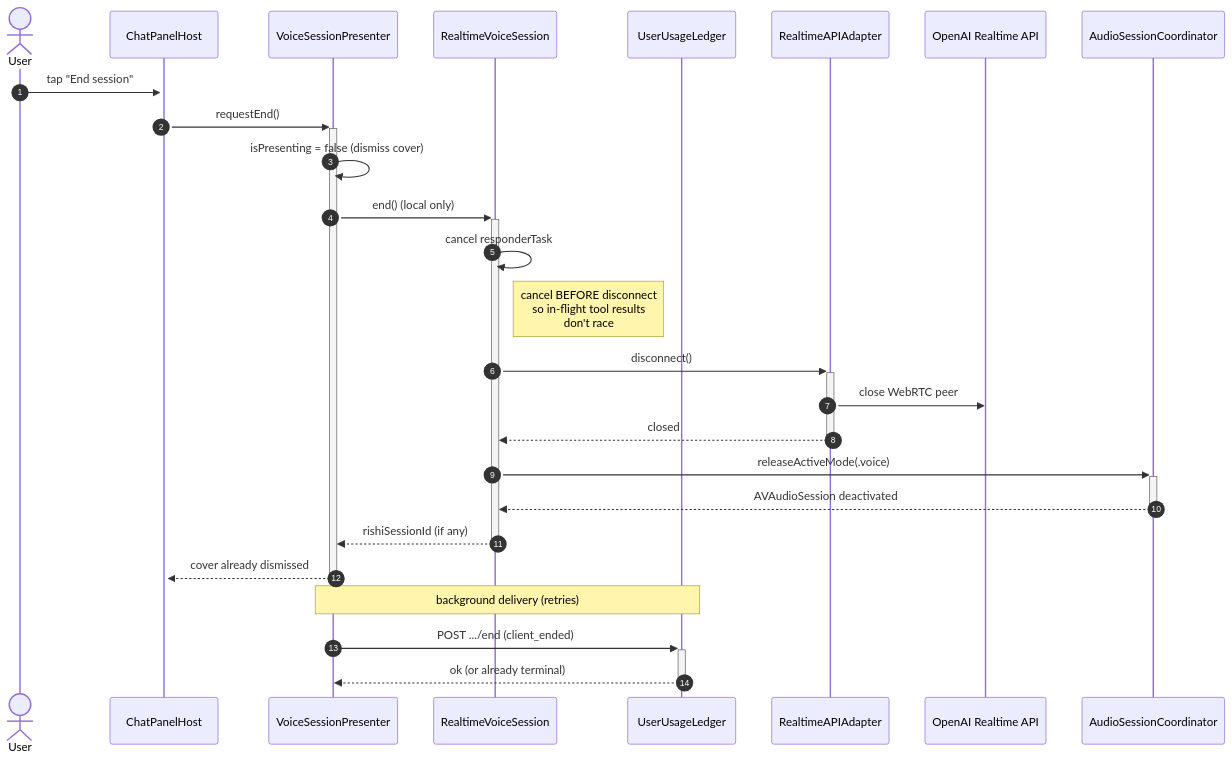
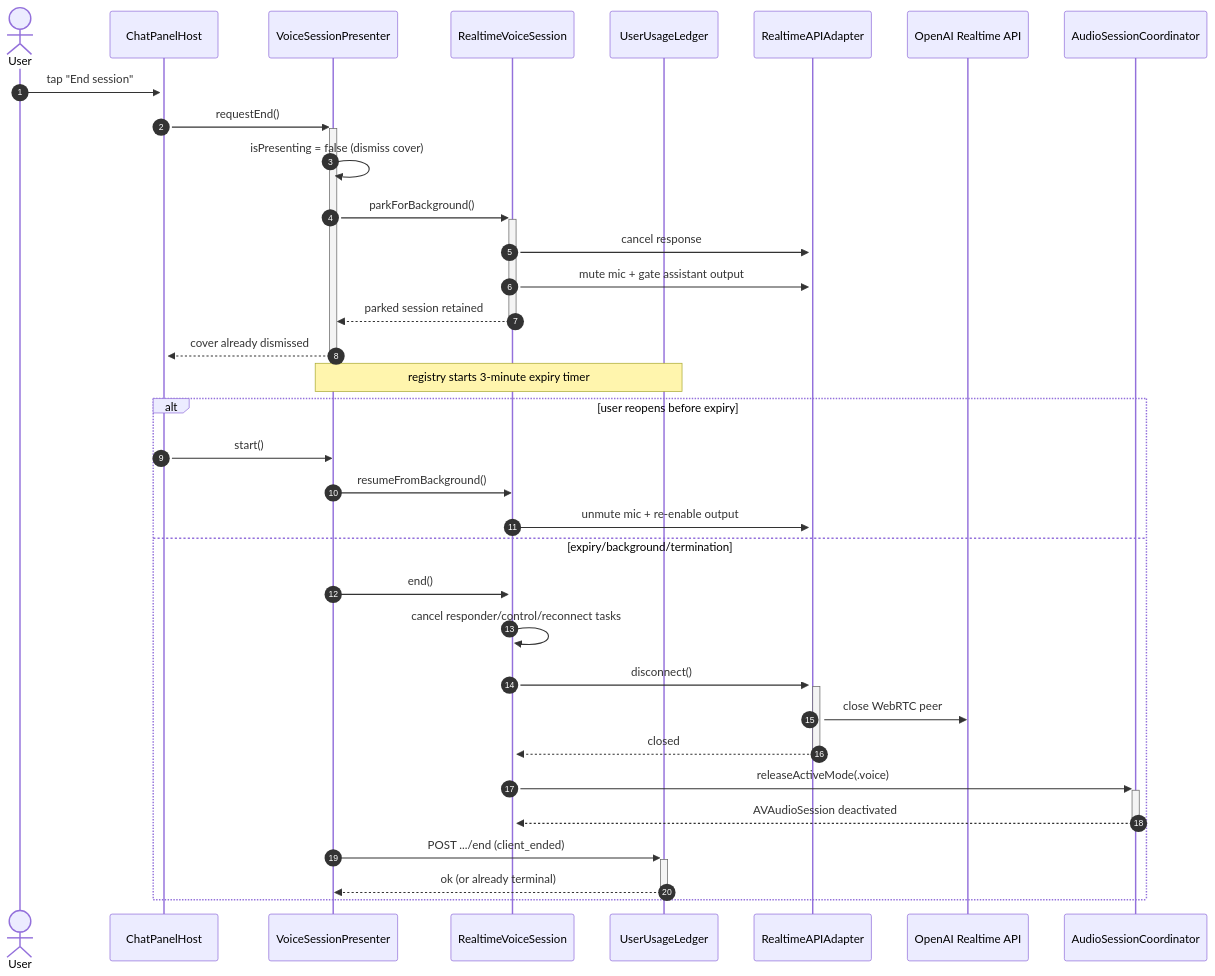
Before and after one commit to matovu-farid/rishi-monorepo: the fifth of 5 diagrams in apps/apple/docs/VOICE-CHAT-PIPELINE.md, drawn with Mermaid. The commit also changed other lines of this file and 69 other files, not shown here.

Commit message:
feat: checkpoint voice session lifecycle

````diff
--- a/apps/apple/docs/VOICE-CHAT-PIPELINE.md
+++ b/apps/apple/docs/VOICE-CHAT-PIPELINE.md
@@ -182,29 +188,37 @@
 ```mermaid
 sequenceDiagram
     autonumber
     actor User
     participant View as ChatPanelHost
     participant Pres as VoiceSessionPresenter
     participant Sess as RealtimeVoiceSession
     participant Ledger as UserUsageLedger
     participant SDK as RealtimeAPIAdapter
     participant API as OpenAI Realtime API
     participant Audio as AudioSessionCoordinator
 
     User->>+View: tap "End session"
     View->>+Pres: requestEnd()
     Pres->>Pres: isPresenting = false (dismiss cover)
-    Pres->>+Sess: end() (local only)
-    Sess->>Sess: cancel responderTask
-    Note right of Sess: cancel BEFORE disconnect<br/>so in-flight tool results<br/>don't race
-    Sess->>+SDK: disconnect()
-    SDK->>API: close WebRTC peer
-    SDK-->>-Sess: closed
-    Sess->>+Audio: releaseActiveMode(.voice)
-    Audio-->>-Sess: AVAudioSession deactivated
-    Sess-->>-Pres: rishiSessionId (if any)
+    Pres->>+Sess: parkForBackground()
+    Sess->>+SDK: cancel response
+    Sess->>SDK: mute mic + gate assistant output
+    Sess-->>-Pres: parked session retained
     Pres-->>-View: cover already dismissed
-    Note over Pres,Ledger: background delivery (retries)
-    Pres->>+Ledger: POST .../end (client_ended)
-    Ledger-->>-Pres: ok (or already terminal)
+    Note over Pres,Ledger: registry starts 3-minute expiry timer
+    alt user reopens before expiry
+        View->>Pres: start()
+        Pres->>Sess: resumeFromBackground()
+        Sess->>SDK: unmute mic + re-enable output
+    else expiry/background/termination
+        Pres->>+Sess: end()
+        Sess->>Sess: cancel responder/control/reconnect tasks
+        Sess->>+SDK: disconnect()
+        SDK->>API: close WebRTC peer
+        SDK-->>-Sess: closed
+        Sess->>+Audio: releaseActiveMode(.voice)
+        Audio-->>-Sess: AVAudioSession deactivated
+        Pres->>+Ledger: POST .../end (client_ended)
+        Ledger-->>-Pres: ok (or already terminal)
+    end
 ```
````
